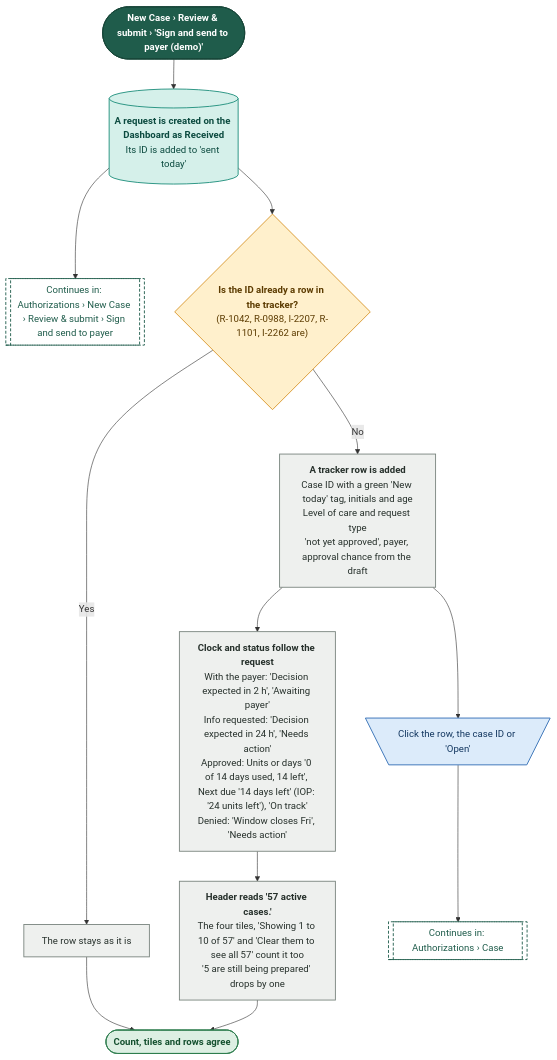
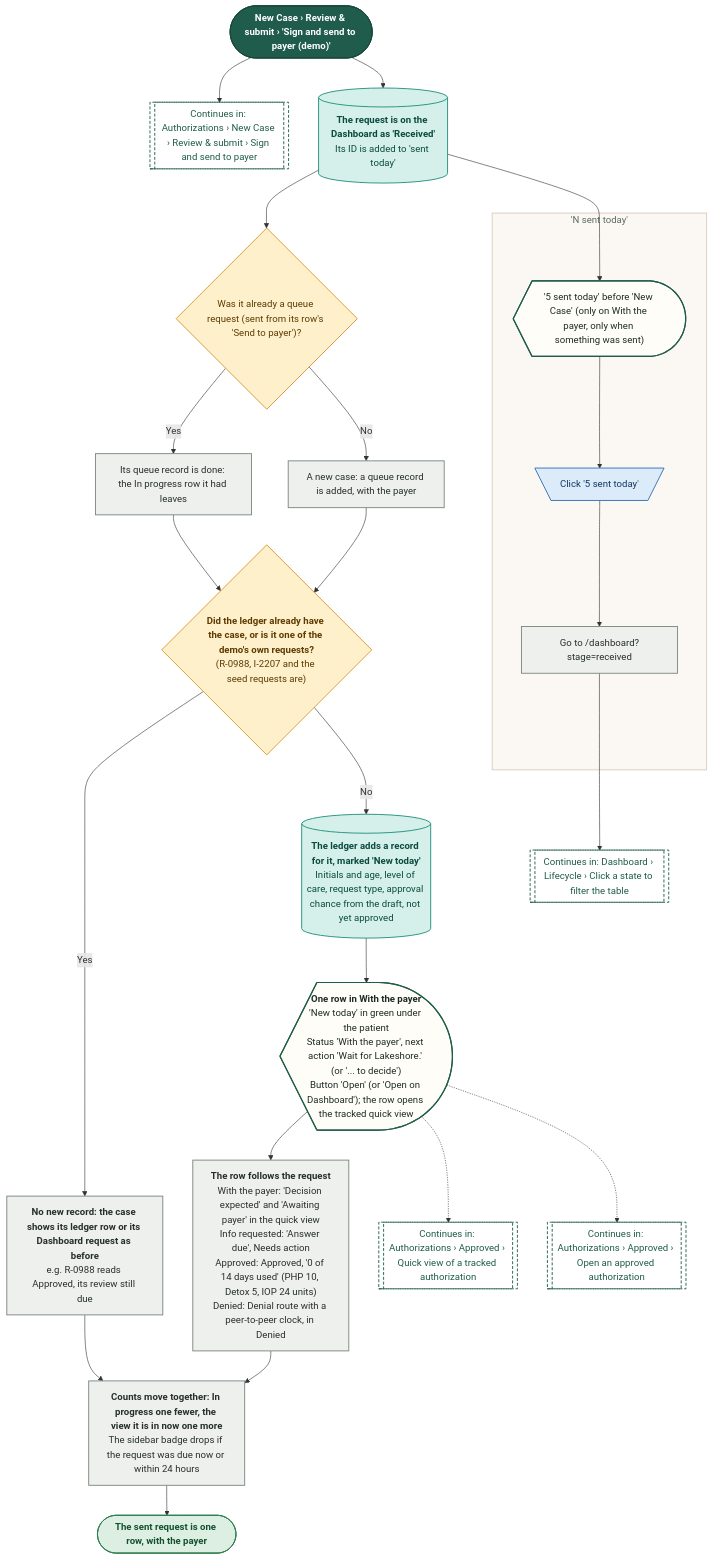
The ninth of 20 diagrams in demos/prior-auth-demo/workflows/out/md/07-case-manager.md (Shrav143/psyfloapp), drawn with Mermaid before and after one commit. The commit also changed other lines of this file and 113 other files, not shown here.

First line of the commit message:
docs: workflow diagrams for the merged Authorizations (worklist, approved, reviews and tracked cases, sidebar arrow), every link retargeted, 336 diagrams

````diff
--- a/demos/prior-auth-demo/workflows/out/md/07-case-manager.md
+++ b/demos/prior-auth-demo/workflows/out/md/07-case-manager.md
@@ -845,43 +637,59 @@
 ```mermaid
 %%{init: {"theme":"base","themeVariables":{"fontFamily":"'DM Sans', 'Segoe UI', system-ui, sans-serif","fontSize":"15px","lineColor":"#5B6B63","primaryTextColor":"#1C2B25","clusterBkg":"#FBF8F3","clusterBorder":"#D9CDBB","edgeLabelBackground":"#FFFFFF"},"flowchart":{"curve":"basis","nodeSpacing":36,"rankSpacing":48,"padding":12,"htmlLabels":true,"useMaxWidth":false,"wrappingWidth":230}} }%%
 flowchart TD
   classDef k_start fill:#1F5C4B,stroke:#174638,color:#FFFFFF,stroke-width:1.5px,font-weight:600
   classDef k_end fill:#DDEFE3,stroke:#2E7D4F,color:#14502F,stroke-width:1.5px,font-weight:600
   classDef k_endx fill:#FBE3E0,stroke:#C0392B,color:#7A1F16,stroke-width:1.5px,font-weight:600
   classDef k_screen fill:#FFFDF8,stroke:#1F5C4B,color:#1C2B25,stroke-width:2px
   classDef k_overlay fill:#F1F7F3,stroke:#1F5C4B,color:#1C2B25,stroke-width:2px,stroke-dasharray:5 3
   classDef k_click fill:#DCEBFA,stroke:#2F6DB5,color:#12365F,stroke-width:1.5px
   classDef k_input fill:#E4E7FF,stroke:#4C5FD5,color:#1D2670,stroke-width:1.5px
   classDef k_process fill:#EEF0EE,stroke:#7A857F,color:#26302B,stroke-width:1.5px
   classDef k_agent fill:#EEE5FA,stroke:#7A4FC2,color:#341A63,stroke-width:1.5px
   classDef k_decision fill:#FFF0CC,stroke:#D9962B,color:#5C3B00,stroke-width:1.5px
   classDef k_store fill:#D5F0EA,stroke:#1C8E7B,color:#0B4A3F,stroke-width:1.5px
   classDef k_doc fill:#F6E9DC,stroke:#B07A4C,color:#4A2E14,stroke-width:1.5px
   classDef k_ext fill:#FFE6D2,stroke:#E07B39,color:#6B2F06,stroke-width:1.5px
   classDef k_wait fill:#E4E8EE,stroke:#6B7C93,color:#26303D,stroke-width:1.5px
   classDef k_toast fill:#FFF9DB,stroke:#C9A400,color:#5A4A00,stroke-width:1.5px
   classDef k_goto fill:#FFFFFF,stroke:#1F5C4B,color:#1F5C4B,stroke-width:1.5px,stroke-dasharray:5 3
   s1@{ shape: stadium, label: "New Case › Review & submit › 'Sign and send to payer (demo)'" }
-  st1@{ shape: cyl, label: "<b>A request is created on the Dashboard as Received</b><br/>Its ID is added to 'sent today'" }
   g1@{ shape: subproc, label: "Continues in: Authorizations › New Case › Review & submit › Sign and send to payer" }
-  d1@{ shape: diam, label: "<b>Is the ID already a row in the tracker?</b><br/>(R-1042, R-0988, I-2207, R-1101, I-2262 are)" }
-  p1@{ shape: rect, label: "The row stays as it is" }
-  p2@{ shape: rect, label: "<b>A tracker row is added</b><br/>Case ID with a green 'New today' tag, initials and age<br/>Level of care and request type<br/>'not yet approved', payer, approval chance from the draft" }
-  p3@{ shape: rect, label: "<b>Clock and status follow the request</b><br/>With the payer: 'Decision expected in 2 h', 'Awaiting payer'<br/>Info requested: 'Decision expected in 24 h', 'Needs action'<br/>Approved: Units or days '0 of 14 days used, 14 left', Next due '14 days left' (IOP: '24 units left'), 'On track'<br/>Denied: 'Window closes Fri', 'Needs action'" }
-  p4@{ shape: rect, label: "<b>Header reads '57 active cases.'</b><br/>The four tiles, 'Showing 1 to 10 of 57' and 'Clear them to see all 57' count it too<br/>'5 are still being prepared' drops by one" }
-  c1@{ shape: trap-t, label: "Click the row, the case ID or 'Open'" }
-  g2@{ shape: subproc, label: "Continues in: Authorizations › Case" }
-  e1@{ shape: stadium, label: "Count, tiles and rows agree" }
-  s1 --> st1 --> g1
-  st1 --> d1
-  d1 -->|"Yes"| p1 --> e1
-  d1 -->|"No"| p2 --> p3 --> p4 --> e1
-  p2 --> c1 --> g2
+  st1@{ shape: cyl, label: "<b>The request is on the Dashboard as 'Received'</b><br/>Its ID is added to 'sent today'" }
+  d0@{ shape: diam, label: "Was it already a queue request (sent from its row's 'Send to payer')?" }
+  p0@{ shape: rect, label: "Its queue record is done: the In progress row it had leaves" }
+  p0b@{ shape: rect, label: "A new case: a queue record is added, with the payer" }
+  d1@{ shape: diam, label: "<b>Did the ledger already have the case, or is it one of the demo's own requests?</b><br/>(R-0988, I-2207 and the seed requests are)" }
+  p1@{ shape: rect, label: "<b>No new record: the case shows its ledger row or its Dashboard request as before</b><br/>e.g. R-0988 reads Approved, its review still due" }
+  p2@{ shape: cyl, label: "<b>The ledger adds a record for it, marked 'New today'</b><br/>Initials and age, level of care, request type, approval chance from the draft, not yet approved" }
+  r1@{ shape: curv-trap, label: "<b>One row in With the payer</b><br/>'New today' in green under the patient<br/>Status 'With the payer', next action 'Wait for Lakeshore.' (or '... to decide')<br/>Button 'Open' (or 'Open on Dashboard'); the row opens the tracked quick view" }
+  p3@{ shape: rect, label: "<b>The row follows the request</b><br/>With the payer: 'Decision expected' and 'Awaiting payer' in the quick view<br/>Info requested: 'Answer due', Needs action<br/>Approved: Approved, '0 of 14 days used' (PHP 10, Detox 5, IOP 24 units)<br/>Denied: Denial route with a peer-to-peer clock, in Denied" }
+  p4@{ shape: rect, label: "<b>Counts move together: In progress one fewer, the view it is in now one more</b><br/>The sidebar badge drops if the request was due now or within 24 hours" }
+  subgraph gH ["'N sent today'"]
+  h1@{ shape: curv-trap, label: "'5 sent today' before 'New Case' (only on With the payer, only when something was sent)" }
+  h2@{ shape: trap-t, label: "Click '5 sent today'" }
+  h3@{ shape: rect, label: "Go to /dashboard?stage=received" }
+  end
+  g2@{ shape: subproc, label: "Continues in: Dashboard › Lifecycle › Click a state to filter the table" }
+  g3@{ shape: subproc, label: "Continues in: Authorizations › Approved › Quick view of a tracked authorization" }
+  g4@{ shape: subproc, label: "Continues in: Authorizations › Approved › Open an approved authorization" }
+  e1@{ shape: stadium, label: "The sent request is one row, with the payer" }
+  s1 --> g1
+  s1 --> st1 --> d0
+  d0 -->|"Yes"| p0 --> d1
+  d0 -->|"No"| p0b --> d1
+  d1 -->|"Yes"| p1 --> p4
+  d1 -->|"No"| p2 --> r1 --> p3 --> p4 --> e1
+  r1 -.-> g3
+  r1 -.-> g4
+  st1 --> h1 --> h2 --> h3 --> g2
   class s1 k_start
-  class st1 k_store
-  class g1,g2 k_goto
-  class d1 k_decision
-  class p1,p2,p3,p4 k_process
-  class c1 k_click
+  class g1,g2,g3,g4 k_goto
+  class st1,p2 k_store
+  class d0,d1 k_decision
+  class p0,p0b,p1,p3,p4,h3 k_process
+  class r1,h1 k_screen
+  class h2 k_click
   class e1 k_end
+  style gH fill:#FBF8F3,stroke:#D9CDBB,stroke-width:1.5px,color:#5B6B63
 ```
````
